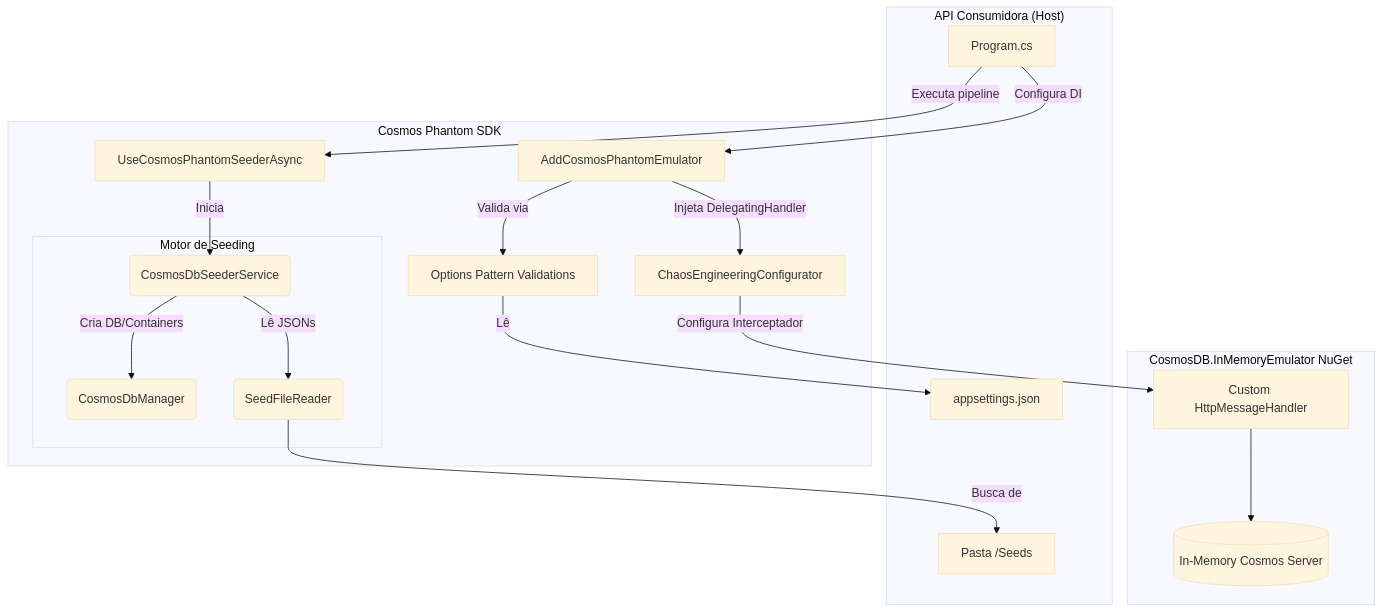
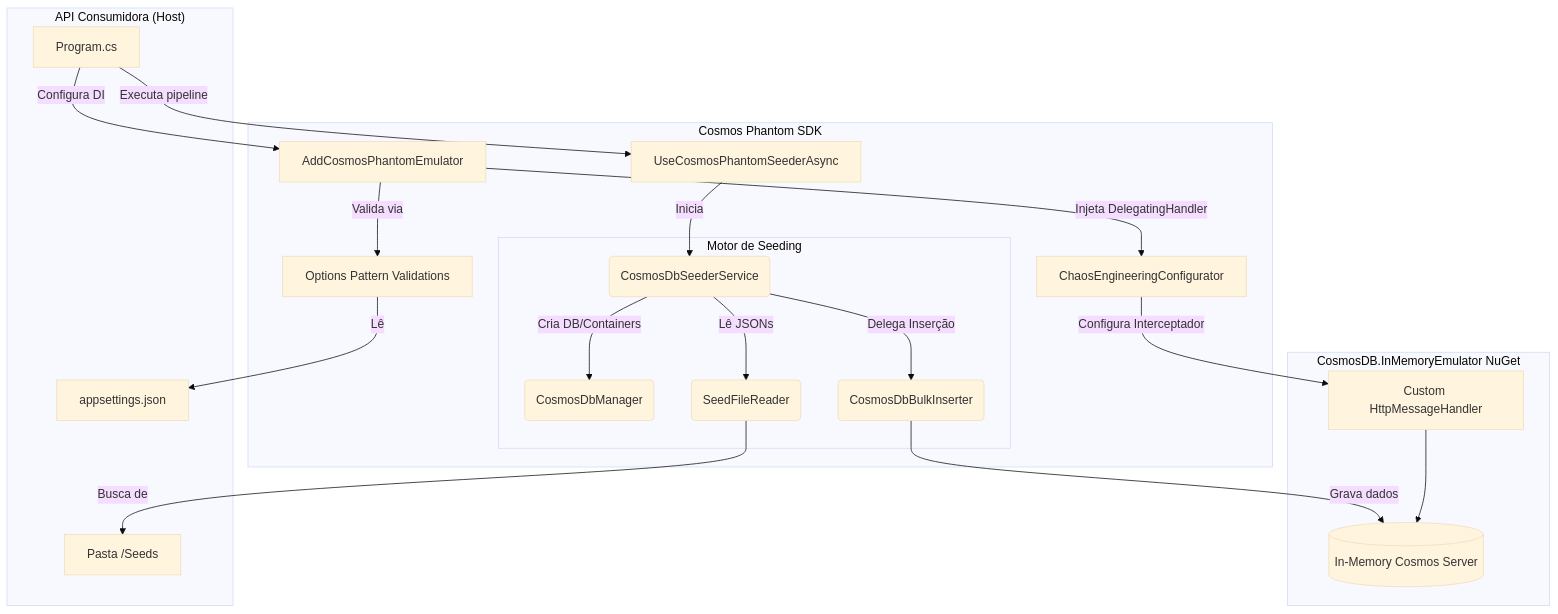
One commit to iamdiegoinacio/CosmosPhantom changed the first of 3 diagrams in Docs/Architecture.md. Above: the diagram before and after it, drawn with Mermaid (base theme). The commit also changed other lines of this file, not shown here.

Commit message:
docs: update architecture documentation and mermaid diagrams for Cosmos Phantom SDK

````diff
--- a/Docs/Architecture.md
+++ b/Docs/Architecture.md
@@ -11,43 +11,46 @@
 ```mermaid
 flowchart TD
     subgraph ConsumerAPI ["API Consumidora (Host)"]
         Config["appsettings.json"]
         Program["Program.cs"]
         Seeds["Pasta /Seeds"]
     end
 
     subgraph PhantomSDK ["Cosmos Phantom SDK"]
         Options["Options Pattern Validations"]
         ExtSetup["AddCosmosPhantomEmulator"]
         ExtSeed["UseCosmosPhantomSeederAsync"]
         
         subgraph Seeding ["Motor de Seeding"]
             SeederService("CosmosDbSeederService")
             DbManager("CosmosDbManager")
             FileReader("SeedFileReader")
+            BulkInserter("CosmosDbBulkInserter")
         end
         
         Chaos["ChaosEngineeringConfigurator"]
     end
 
     subgraph BaseEmulator ["CosmosDB.InMemoryEmulator NuGet"]
         InMemDB[("In-Memory Cosmos Server")]
         HttpMessageHandler["Custom HttpMessageHandler"]
     end
 
     %% Relações da inicialização
     Program -->|Configura DI| ExtSetup
     ExtSetup -->|Valida via| Options
     Options -->|Lê| Config
     
     Program -->|Executa pipeline| ExtSeed
     ExtSeed -->|Inicia| SeederService
     SeederService -->|Lê JSONs| FileReader
     FileReader -->|Busca de| Seeds
     SeederService -->|Cria DB/Containers| DbManager
+    SeederService -->|Delega Inserção| BulkInserter
+    BulkInserter -->|Grava dados| InMemDB
     
     %% Relações do Emulador Base
     ExtSetup -->|Injeta DelegatingHandler| Chaos
     Chaos -->|Configura Interceptador| HttpMessageHandler
     HttpMessageHandler --> InMemDB
 ```
````
